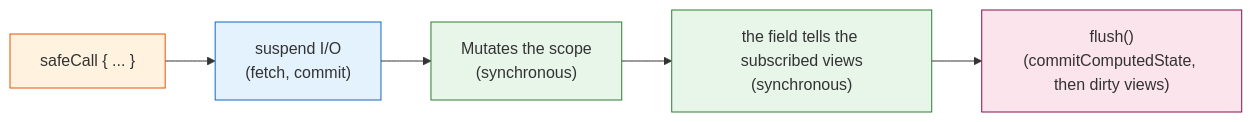
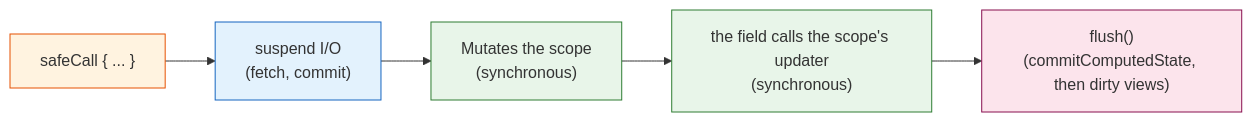
Before and after one commit to mrcdom/wdc-cube-kotlin: diagram 17 of 19 in docs/architecture-cube.md, drawn with Mermaid. The commit also changed other lines of this file and 11 other files, not shown here.

````diff
--- a/docs/architecture-cube.md
+++ b/docs/architecture-cube.md
@@ -1100,13 +1086,13 @@
 ```mermaid
 flowchart LR
     A["safeCall { ... }"] --> B["suspend I/O\n(fetch, commit)"]
     B --> C["Mutates the scope\n(synchronous)"]
-    C --> D["the field tells the subscribed views\n(synchronous)"]
+    C --> D["the field calls the scope's updater\n(synchronous)"]
     D --> E["flush()\n(commitComputedState, then dirty views)"]
 
     style A fill:#fff3e0,stroke:#e65100
     style B fill:#e3f2fd,stroke:#1565c0
     style C fill:#e8f5e9,stroke:#2e7d32
     style D fill:#e8f5e9,stroke:#2e7d32
     style E fill:#fce4ec,stroke:#880e4f
 ```
````
